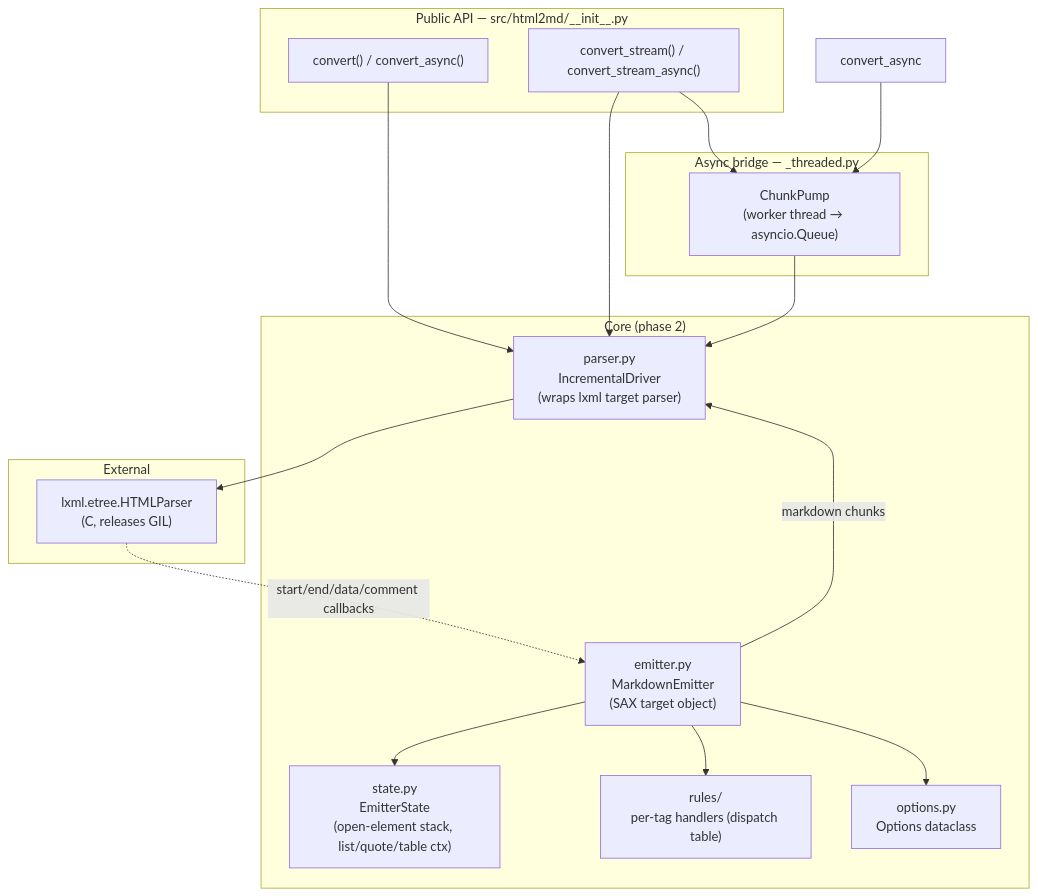
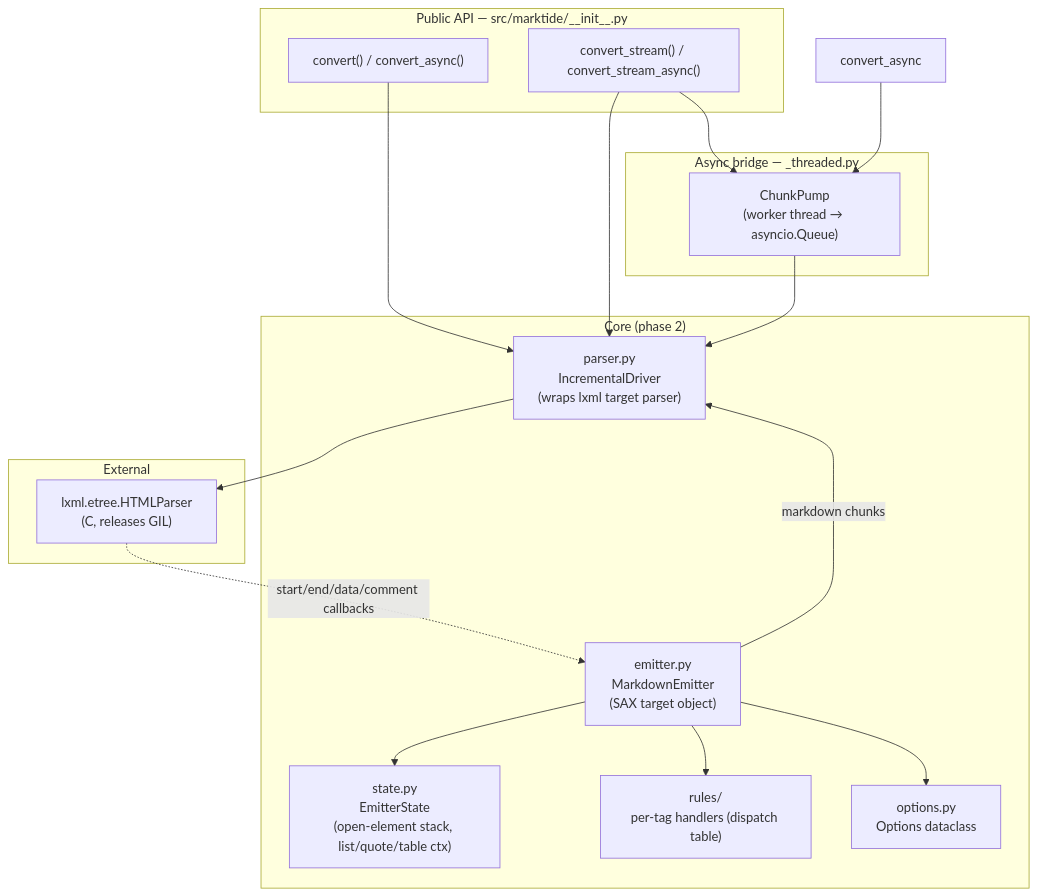
The first of 6 diagrams in docs/design.md (zocomputer/marktide), drawn with Mermaid before and after one commit. The commit also changed other lines of this file and 60 other files, not shown here.

First line of the commit message:
refactor: rename package html2md → marktide (zo-1fp.26)

````diff
--- a/docs/design.md
+++ b/docs/design.md
@@ -73,34 +73,34 @@
 ```mermaid
 flowchart TB
-  subgraph public["Public API — src/html2md/__init__.py"]
+  subgraph public["Public API — src/marktide/__init__.py"]
     convert["convert() / convert_async()"]
     stream["convert_stream() / convert_stream_async()"]
   end
 
   subgraph core["Core (phase 2)"]
     driver["parser.py\nIncrementalDriver\n(wraps lxml target parser)"]
     emitter["emitter.py\nMarkdownEmitter\n(SAX target object)"]
     state["state.py\nEmitterState\n(open-element stack, list/quote/table ctx)"]
     rules["rules/\nper-tag handlers (dispatch table)"]
     options["options.py\nOptions dataclass"]
   end
 
   subgraph bridge["Async bridge — _threaded.py"]
     pump["ChunkPump\n(worker thread → asyncio.Queue)"]
   end
 
   subgraph ext["External"]
     lxml["lxml.etree.HTMLParser\n(C, releases GIL)"]
   end
 
   convert --> driver
   stream --> driver
   convert_async --> pump --> driver
   stream --> pump
   driver --> lxml
   lxml -. "start/end/data/comment callbacks" .-> emitter
   emitter --> state
   emitter --> rules
   emitter --> options
   emitter -- "markdown chunks" --> driver
 ```
````
